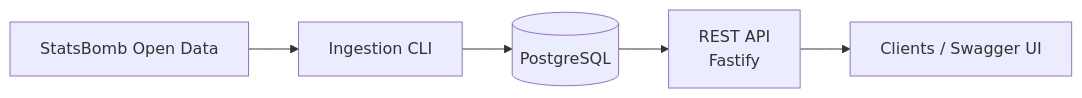
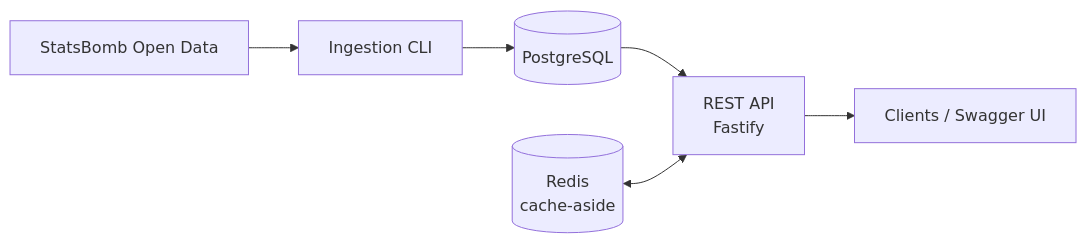
The diagram in README.md (sebro08/Sports-Pulse), drawn with Mermaid before and after one commit. The commit also changed other lines of this file and 34 other files, not shown here.

First line of the commit message:
feat(catalog): add Redis cache-aside with graceful degradation

````diff
--- a/README.md
+++ b/README.md
@@ -41,7 +45,8 @@
 ```mermaid
 flowchart LR
   SB[StatsBomb Open Data] --> ING[Ingestion CLI]
   ING --> PG[(PostgreSQL)]
   PG --> API[REST API<br/>Fastify]
+  RD[(Redis<br/>cache-aside)] <--> API
   API --> C[Clients / Swagger UI]
 ```
````
